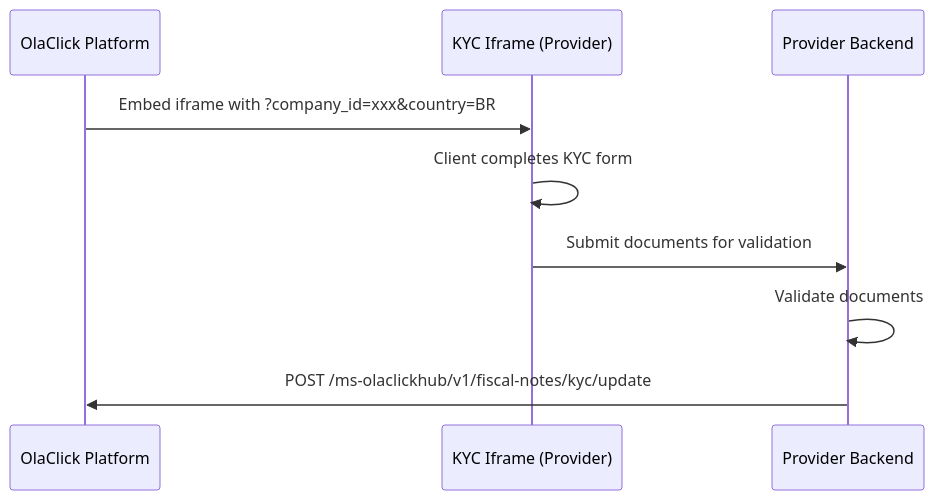
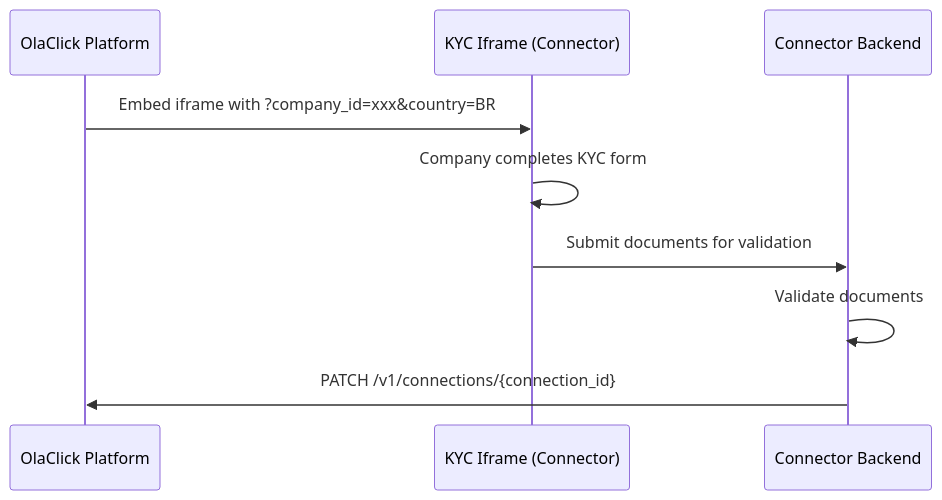
One commit to estefanno18/olaclick-partners-landing-page changed the diagram in docs/modules/fiscal-notes/kyc/iframe.md. Above: the diagram before and after it, drawn with Mermaid. The commit also changed other lines of this file and 12 other files, not shown here.

Commit message:
docs: SI-444 rewrite portal with connector terminology and corrected flows

````diff
--- a/docs/modules/fiscal-notes/kyc/iframe.md
+++ b/docs/modules/fiscal-notes/kyc/iframe.md
@@ -17,12 +17,12 @@
 ```mermaid
 sequenceDiagram
     participant OlaClick as OlaClick Platform
-    participant Iframe as KYC Iframe (Provider)
-    participant API as Provider Backend
+    participant Iframe as KYC Iframe (Connector)
+    participant API as Connector Backend
 
     OlaClick->>Iframe: Embed iframe with ?company_id=xxx&country=BR
-    Iframe->>Iframe: Client completes KYC form
+    Iframe->>Iframe: Company completes KYC form
     Iframe->>API: Submit documents for validation
     API->>API: Validate documents
-    API->>OlaClick: POST /ms-olaclickhub/v1/fiscal-notes/kyc/update
+    API->>OlaClick: PATCH /v1/connections/{connection_id}
 ```
````
